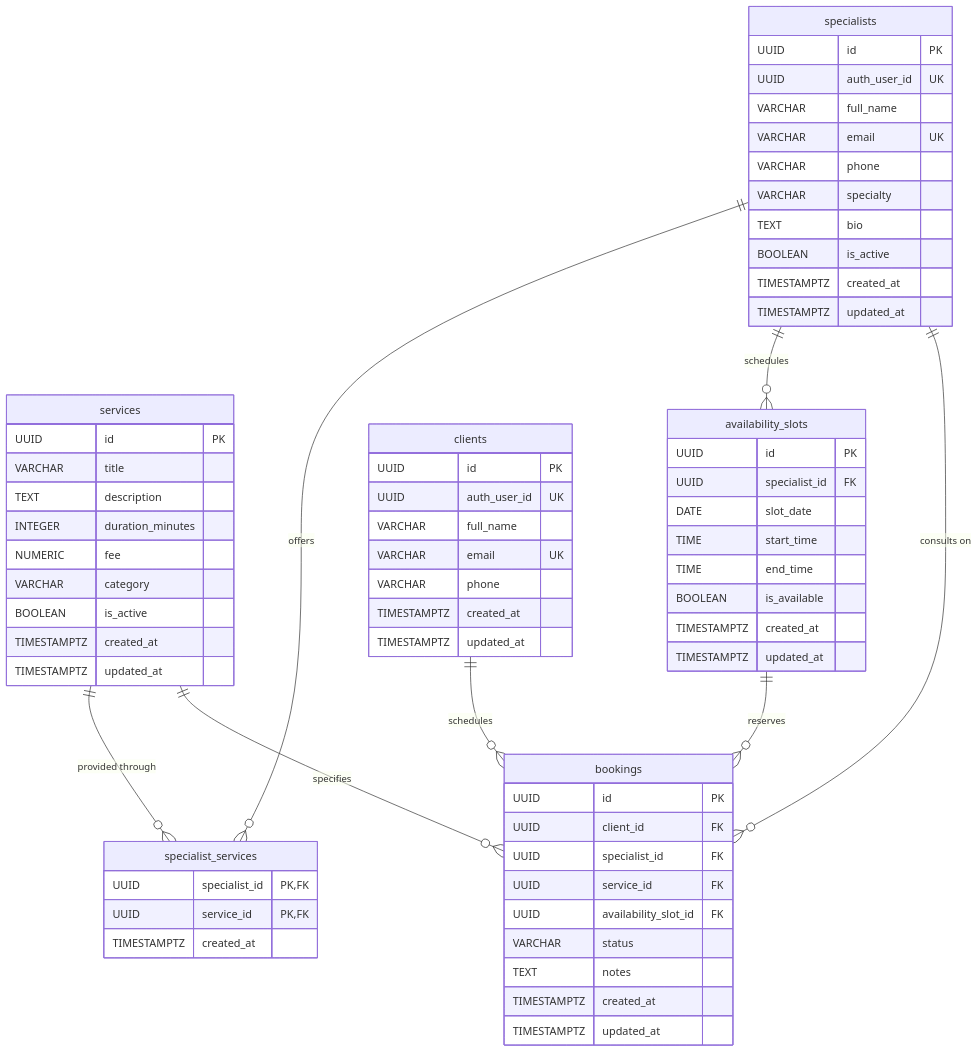
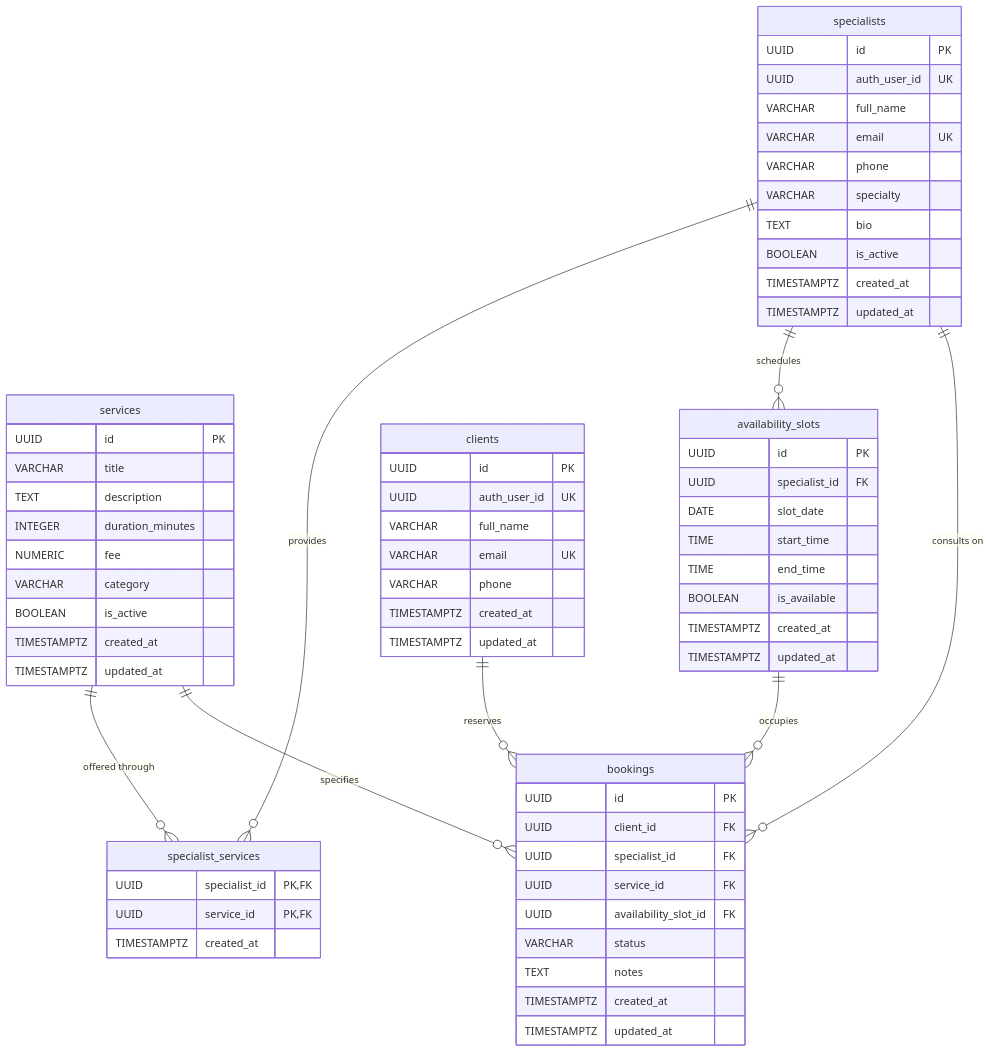
The diagram in README.md (khowlah/AppointmentBookingAPI_AlchemistDigitalSolution), drawn with Mermaid before and after one commit. The commit also changed other lines of this file, not shown here.

````diff
--- a/README.md
+++ b/README.md
@@ -258,74 +84,74 @@
 ```mermaid
 erDiagram
-    services ||--o{ specialist_services : "provided through"
-    specialists ||--o{ specialist_services : "offers"
+    services ||--o{ specialist_services : "offered through"
+    specialists ||--o{ specialist_services : "provides"
     specialists ||--o{ availability_slots : "schedules"
     specialists ||--o{ bookings : "consults on"
     services ||--o{ bookings : "specifies"
-    clients ||--o{ bookings : "schedules"
-    availability_slots ||--o{ bookings : "reserves"
+    clients ||--o{ bookings : "reserves"
+    availability_slots ||--o{ bookings : "occupies"
 
     services {
         UUID id PK
         VARCHAR title
         TEXT description
         INTEGER duration_minutes
         NUMERIC fee
         VARCHAR category
         BOOLEAN is_active
         TIMESTAMPTZ created_at
         TIMESTAMPTZ updated_at
     }
 
     specialists {
         UUID id PK
         UUID auth_user_id UK
         VARCHAR full_name
         VARCHAR email UK
         VARCHAR phone
         VARCHAR specialty
         TEXT bio
         BOOLEAN is_active
         TIMESTAMPTZ created_at
         TIMESTAMPTZ updated_at
     }
 
     clients {
         UUID id PK
         UUID auth_user_id UK
         VARCHAR full_name
         VARCHAR email UK
         VARCHAR phone
         TIMESTAMPTZ created_at
         TIMESTAMPTZ updated_at
     }
 
     specialist_services {
         UUID specialist_id PK, FK
         UUID service_id PK, FK
         TIMESTAMPTZ created_at
     }
 
     availability_slots {
         UUID id PK
         UUID specialist_id FK
         DATE slot_date
         TIME start_time
         TIME end_time
         BOOLEAN is_available
         TIMESTAMPTZ created_at
         TIMESTAMPTZ updated_at
     }
 
     bookings {
         UUID id PK
         UUID client_id FK
         UUID specialist_id FK
         UUID service_id FK
         UUID availability_slot_id FK
         VARCHAR status
         TEXT notes
         TIMESTAMPTZ created_at
         TIMESTAMPTZ updated_at
     }
 ```
````
